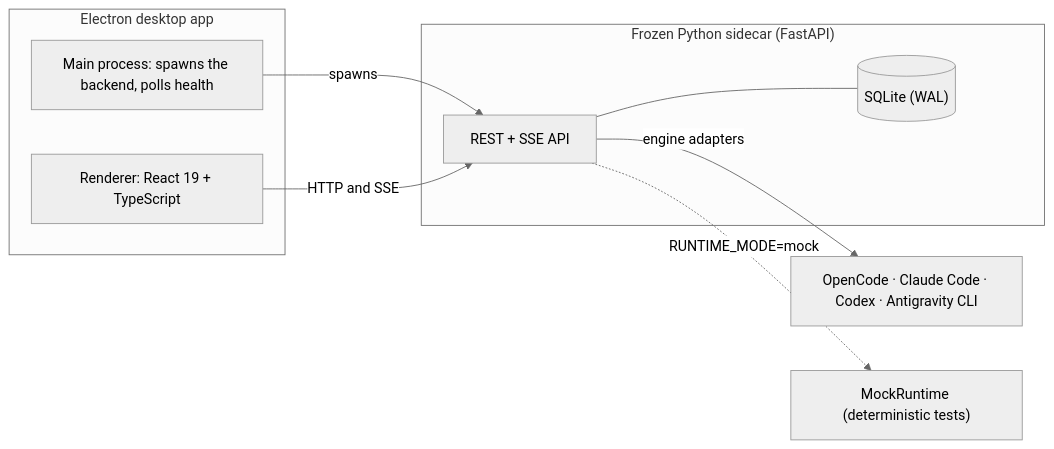
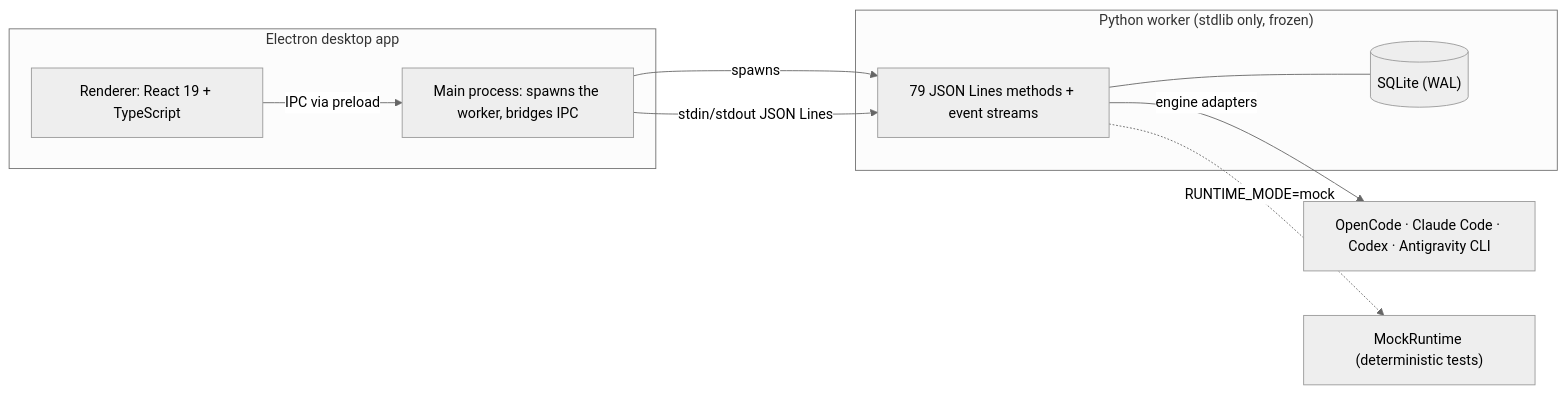
Before and after one commit to yossefbehairy/Loqman: the first of 4 diagrams in README.md, drawn with Mermaid (neutral theme). The commit also changed other lines of this file and 146 other files, not shown here.

First line of the commit message:
chore: remove the legacy FastAPI backend; the Python worker is the only backend

````diff
--- a/README.md
+++ b/README.md
@@ -31,18 +31,19 @@
 ```mermaid
 flowchart LR
     subgraph Desktop["Electron desktop app"]
-        Main["Main process: spawns the backend, polls health"]
+        Main["Main process: spawns the worker, bridges IPC"]
         Renderer["Renderer: React 19 + TypeScript"]
     end
-    subgraph Sidecar["Frozen Python sidecar (FastAPI)"]
-        API["REST + SSE API"]
+    subgraph Sidecar["Python worker (stdlib only, frozen)"]
+        API["79 JSON Lines methods + event streams"]
         DB[("SQLite (WAL)")]
         API --- DB
     end
     Engines["OpenCode · Claude Code · Codex · Antigravity CLI"]
     Mock["MockRuntime (deterministic tests)"]
     Main -->|spawns| API
-    Renderer -->|"HTTP and SSE"| API
+    Renderer -->|"IPC via preload"| Main
+    Main -->|"stdin/stdout JSON Lines"| API
     API -->|"engine adapters"| Engines
     API -.->|"RUNTIME_MODE=mock"| Mock
 ```
````
